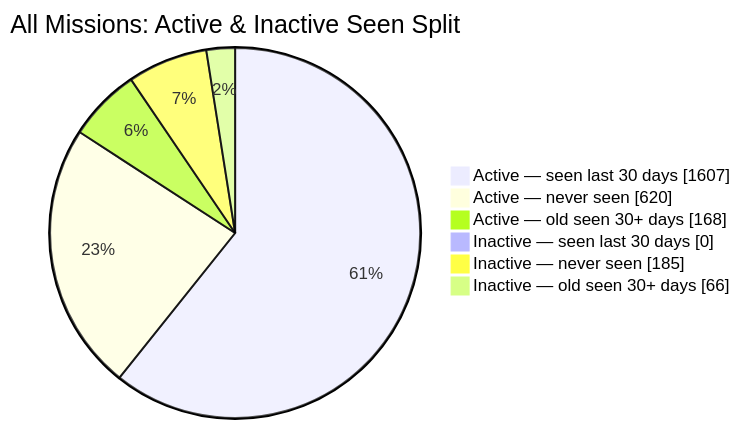
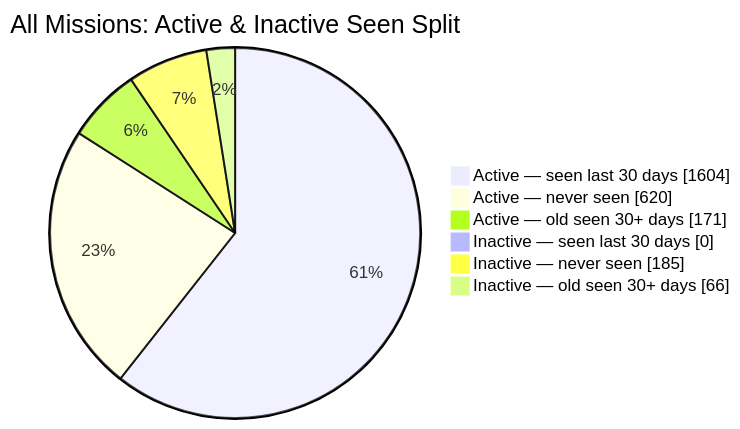
The second of 2 diagrams in README.md (MeldkamerspelGameTeam/active-missions), drawn with Mermaid before and after one commit. The commit also changed other lines of this file and 2 other files, not shown here.

````diff
--- a/README.md
+++ b/README.md
@@ -44,10 +44,10 @@
 ```mermaid
 pie showData
     title All Missions: Active & Inactive Seen Split
-    "Active — seen last 30 days" : 1607
+    "Active — seen last 30 days" : 1604
     "Active — never seen" : 620
-    "Active — old seen 30+ days" : 168
+    "Active — old seen 30+ days" : 171
     "Inactive — seen last 30 days" : 0
     "Inactive — never seen" : 185
     "Inactive — old seen 30+ days" : 66
 ```
````
